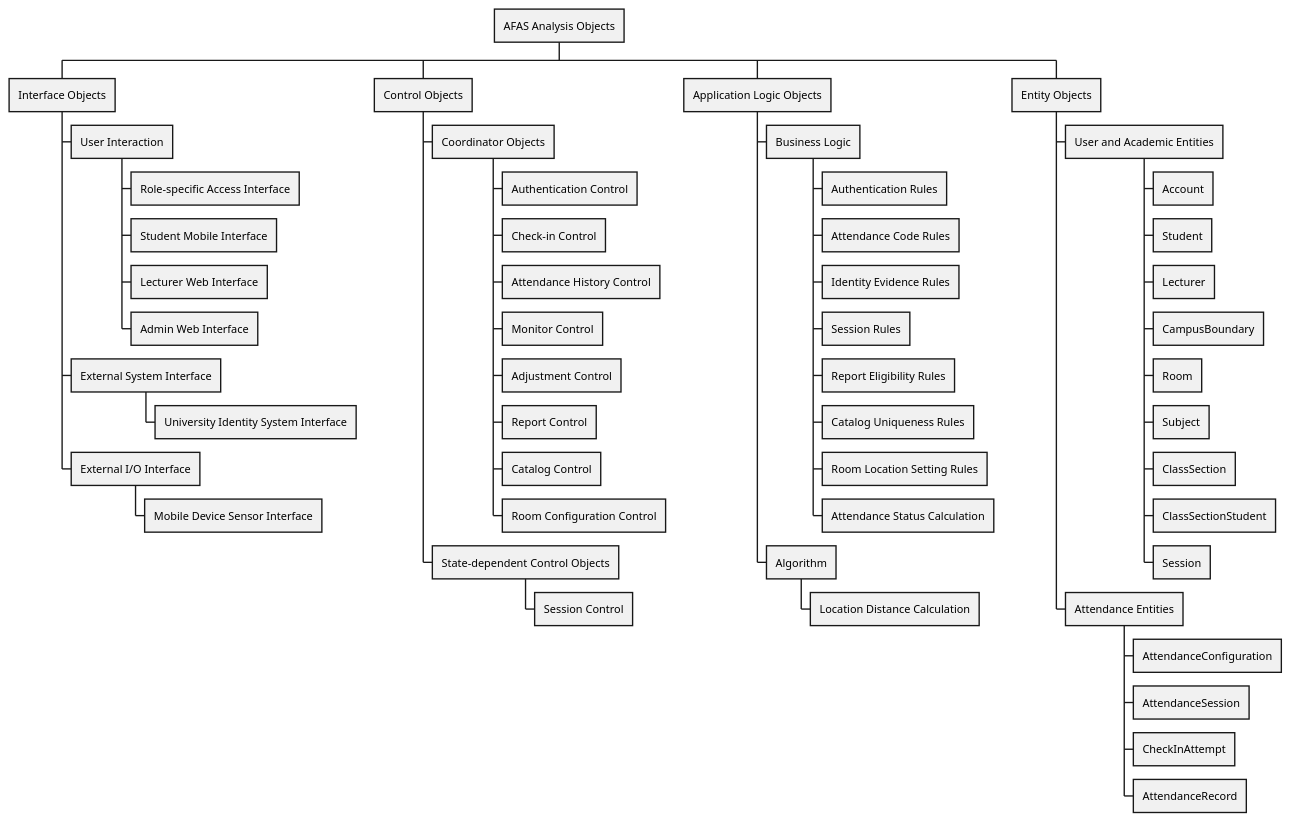
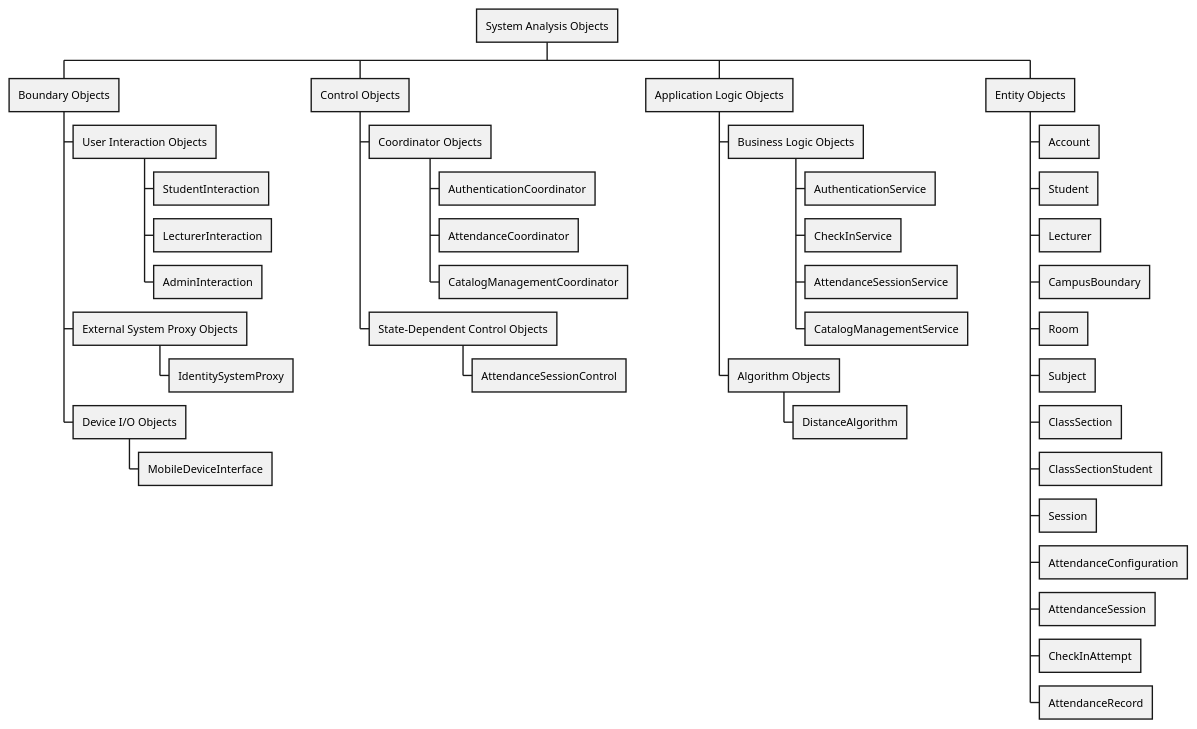
Before and after one commit to nttung42/SWD392: the third of 29 diagrams in docs/sds/2_Analysis.md, drawn with PlantUML. The commit also changed other lines of this file and 5 other files, not shown here.

````diff
--- a/docs/sds/2_Analysis.md
+++ b/docs/sds/2_Analysis.md
@@ -198,55 +206,43 @@
 ```plantuml
 @startwbs
-* AFAS Analysis Objects
-** Interface Objects
-*** User Interaction
-**** Role-specific Access Interface
-**** Student Mobile Interface
-**** Lecturer Web Interface
-**** Admin Web Interface
-*** External System Interface
-**** University Identity System Interface
-*** External I/O Interface
-**** Mobile Device Sensor Interface
+* System Analysis Objects
+** Boundary Objects
+*** User Interaction Objects
+**** StudentInteraction
+**** LecturerInteraction
+**** AdminInteraction
+*** External System Proxy Objects
+**** IdentitySystemProxy
+*** Device I/O Objects
+**** MobileDeviceInterface
 ** Control Objects
 *** Coordinator Objects
-**** Authentication Control
-**** Check-in Control
-**** Attendance History Control
-**** Monitor Control
-**** Adjustment Control
-**** Report Control
-**** Catalog Control
-**** Room Configuration Control
-*** State-dependent Control Objects
-**** Session Control
+**** AuthenticationCoordinator
+**** AttendanceCoordinator
+**** CatalogManagementCoordinator
+*** State-Dependent Control Objects
+**** AttendanceSessionControl
 ** Application Logic Objects
-*** Business Logic
-**** Authentication Rules
-**** Attendance Code Rules
-**** Identity Evidence Rules
-**** Session Rules
-**** Report Eligibility Rules
-**** Catalog Uniqueness Rules
-**** Room Location Setting Rules
-**** Attendance Status Calculation
-*** Algorithm
-**** Location Distance Calculation
+*** Business Logic Objects
+**** AuthenticationService
+**** CheckInService
+**** AttendanceSessionService
+**** CatalogManagementService
+*** Algorithm Objects
+**** DistanceAlgorithm
 ** Entity Objects
-*** User and Academic Entities
-**** Account
-**** Student
-**** Lecturer
-**** CampusBoundary
-**** Room
-**** Subject
-**** ClassSection
-**** ClassSectionStudent
-**** Session
-*** Attendance Entities
-**** AttendanceConfiguration
-**** AttendanceSession
-**** CheckInAttempt
-**** AttendanceRecord
+*** Account
+*** Student
+*** Lecturer
+*** CampusBoundary
+*** Room
+*** Subject
+*** ClassSection
+*** ClassSectionStudent
+*** Session
+*** AttendanceConfiguration
+*** AttendanceSession
+*** CheckInAttempt
+*** AttendanceRecord
 @endwbs
 ```
````
